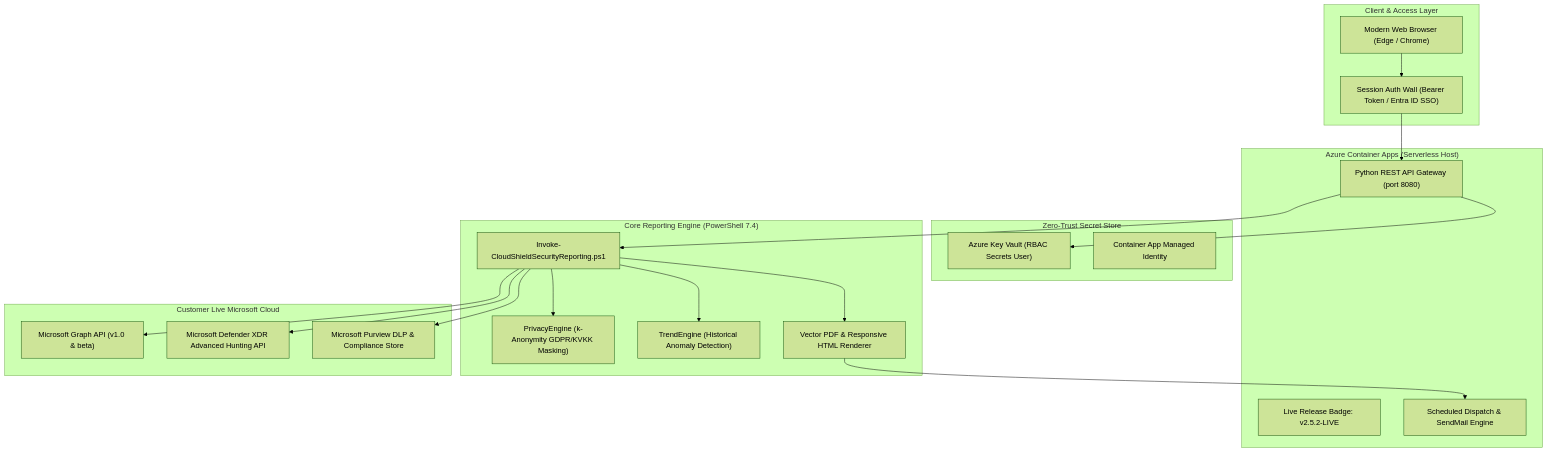
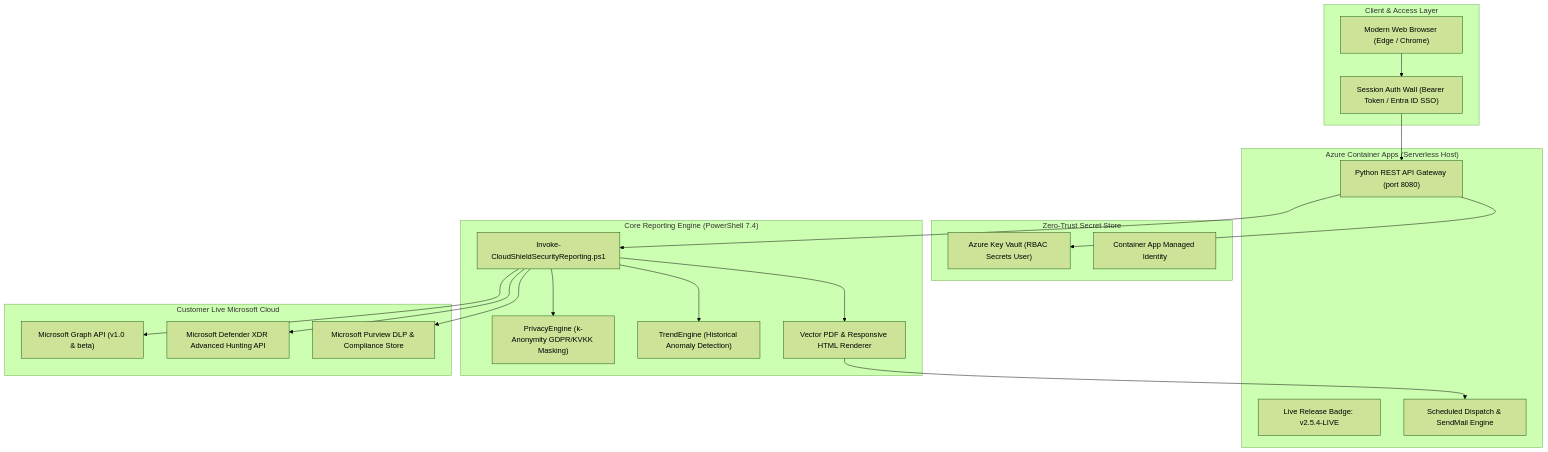
One commit to canercetinkaya/cloudshield-mssp-portal changed the diagram in README.md. Above: the diagram before and after it, drawn with Mermaid (forest theme). The commit also changed other lines of this file and 4 other files, not shown here.

Commit message:
release(v2.5.4-LIVE): automate multi-document synchronization across README, CONTRIBUTING, and SECURITY [build: 2026.09.10.4]

````diff
--- a/README.md
+++ b/README.md
@@ -31,43 +31,43 @@
 ```mermaid
 flowchart TD
     subgraph ClientLayer ["Client & Access Layer"]
         Browser["Modern Web Browser (Edge / Chrome)"]
         AuthWall["Session Auth Wall (Bearer Token / Entra ID SSO)"]
     end
 
     subgraph PortalLayer ["Azure Container Apps (Serverless Host)"]
         WebServer["Python REST API Gateway (port 8080)"]
-        VersionBadge["Live Release Badge: v2.5.2-LIVE"]
+        VersionBadge["Live Release Badge: v2.5.4-LIVE"]
         ReportDispatcher["Scheduled Dispatch & SendMail Engine"]
     end
 
     subgraph SecurityVault ["Zero-Trust Secret Store"]
         AKV["Azure Key Vault (RBAC Secrets User)"]
         ManagedIdentity["Container App Managed Identity"]
     end
 
     subgraph EngineLayer ["Core Reporting Engine (PowerShell 7.4)"]
         EngineMain["Invoke-CloudShieldSecurityReporting.ps1"]
         PrivacyEngine["PrivacyEngine (k-Anonymity GDPR/KVKK Masking)"]
         TrendEngine["TrendEngine (Historical Anomaly Detection)"]
         Renderer["Vector PDF & Responsive HTML Renderer"]
     end
 
     subgraph MicrosoftCloud ["Customer Live Microsoft Cloud"]
         GraphAPI["Microsoft Graph API (v1.0 & beta)"]
         DefenderAPI["Microsoft Defender XDR Advanced Hunting API"]
         PurviewDLP["Microsoft Purview DLP & Compliance Store"]
     end
 
     Browser --> AuthWall
     AuthWall --> WebServer
     WebServer --> AKV
     WebServer --> EngineMain
     EngineMain --> PrivacyEngine
     EngineMain --> TrendEngine
     EngineMain --> Renderer
     EngineMain --> GraphAPI
     EngineMain --> DefenderAPI
     EngineMain --> PurviewDLP
     Renderer --> ReportDispatcher
 ```
````
